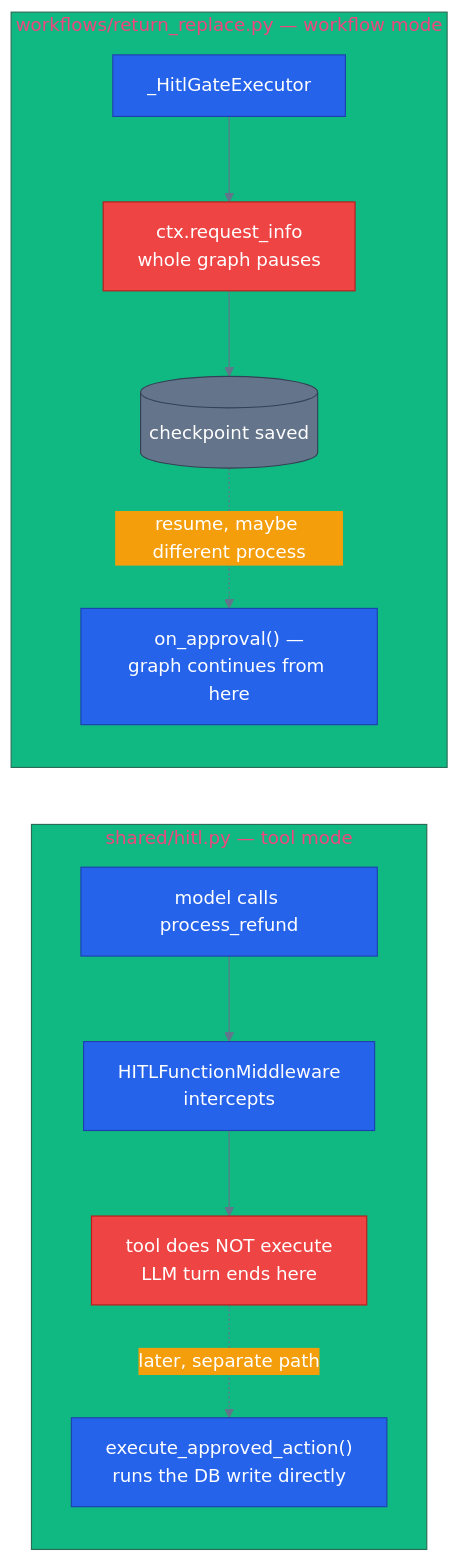
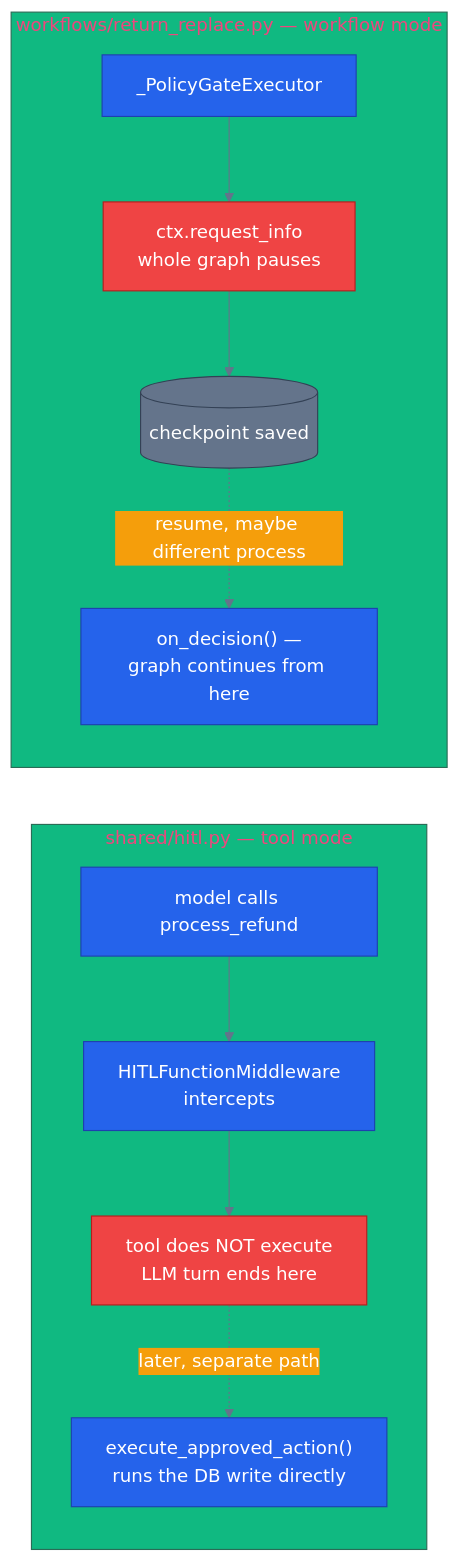
One commit to rakyma0228/eCommerce-agent changed the diagram in docs/concepts/11-human-in-the-loop.md. Above: the diagram before and after it, drawn with Mermaid. The commit also changed other lines of this file and 23 other files, not shown here.

````diff
--- a/docs/concepts/11-human-in-the-loop.md
+++ b/docs/concepts/11-human-in-the-loop.md
@@ -67,27 +68,27 @@
 ```mermaid
 %%{init: {'theme':'base', 'themeVariables': {
   'primaryColor': '#2563eb','primaryTextColor': '#ffffff','primaryBorderColor': '#1e40af',
   'lineColor': '#64748b','secondaryColor': '#f59e0b','tertiaryColor': '#10b981',
   'background': 'transparent'}}}%%
 flowchart LR
   classDef core    fill:#2563eb,stroke:#1e40af,color:#ffffff
   classDef error   fill:#ef4444,stroke:#b91c1c,color:#ffffff
   classDef success fill:#10b981,stroke:#047857,color:#ffffff
   classDef infra   fill:#64748b,stroke:#334155,color:#ffffff
 
   subgraph mw["shared/hitl.py — tool mode"]
     t1["model calls process_refund"] --> gate1["HITLFunctionMiddleware<br/>intercepts"]
     gate1 --> block["tool does NOT execute<br/>LLM turn ends here"]
     block -.later, separate path.-> exec["execute_approved_action()<br/>runs the DB write directly"]
   end
 
   subgraph wf["workflows/return_replace.py — workflow mode"]
-    t2["_HitlGateExecutor"] --> pause["ctx.request_info<br/>whole graph pauses"]
+    t2["_PolicyGateExecutor"] --> pause["ctx.request_info<br/>whole graph pauses"]
     pause --> cp[("checkpoint saved")]
-    cp -.resume, maybe different process.-> resume["on_approval() —<br/>graph continues from here"]
+    cp -.resume, maybe different process.-> resume["on_decision() —<br/>graph continues from here"]
   end
 
   class t1,t2,gate1,exec,resume core
   class block,pause error
   class cp infra
 ```
````
